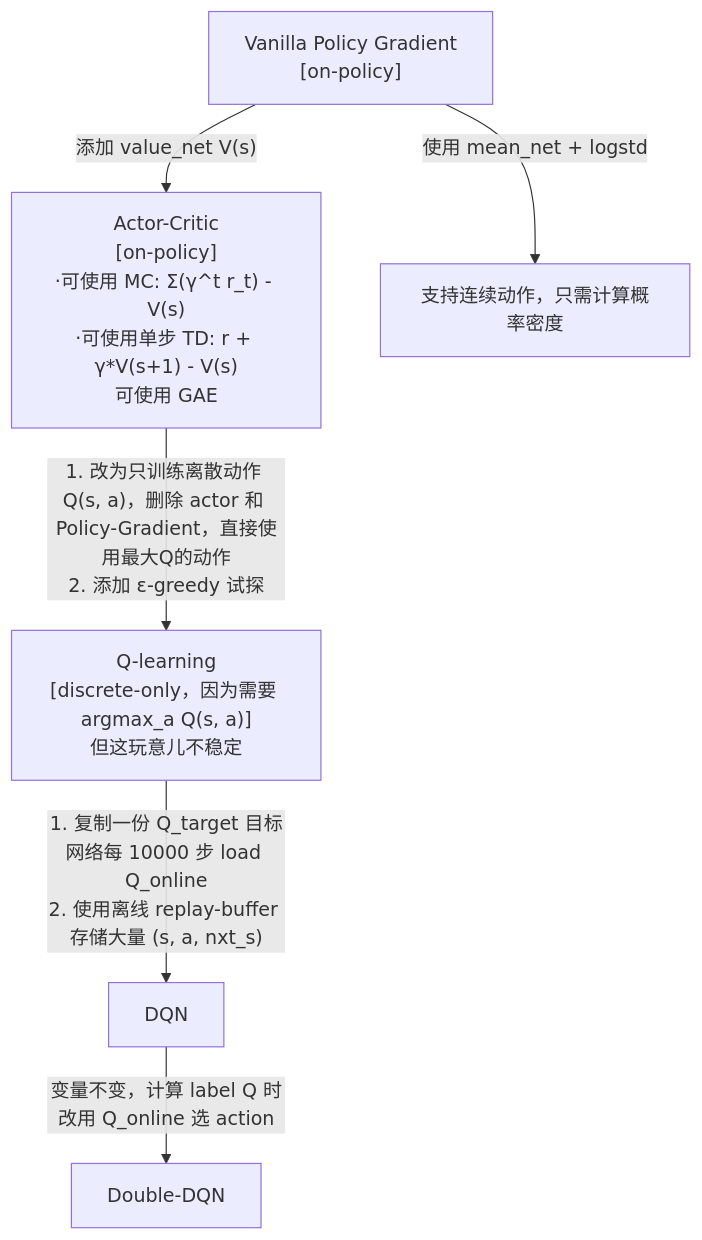
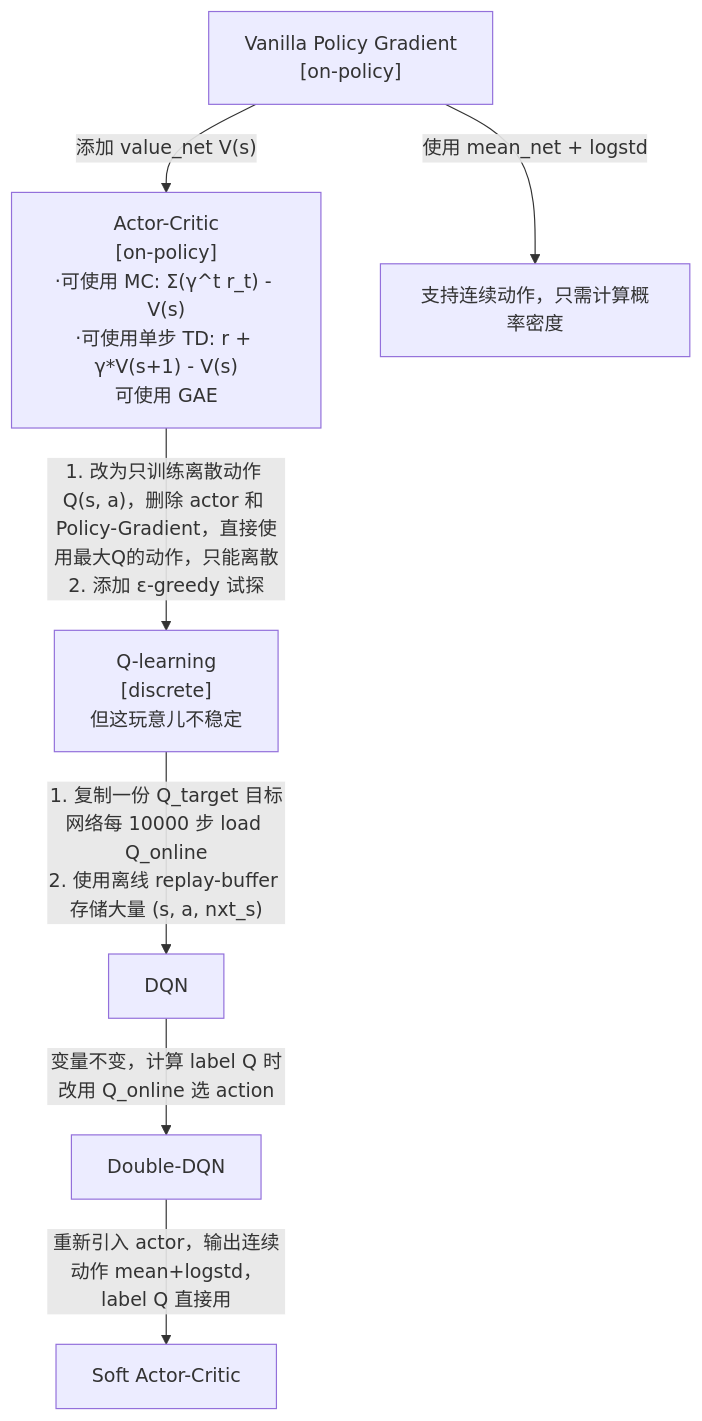
Before and after one commit to julyfun/how-to: the diagram in 技术学习/285/285-0.md, drawn with Mermaid. The commit also changed 1 other file, not shown here.

Commit message:
M 技术学习/285/285-0.md | M 技术学习/285/285-hw3.md

````diff
--- a/技术学习/285/285-0.md
+++ b/技术学习/285/285-0.md
@@ -11,9 +11,10 @@
 ```mermaid
 flowchart TD
     PG["Vanilla Policy Gradient<br>[on-policy]"] -->|"添加 value_net V(s)"| AC
     AC["Actor-Critic<br>[on-policy]<br>·可使用 MC: Σ(γ^t r_t) - V(s)<br>·可使用单步 TD: r + γ*V(s+1) - V(s)<br>可使用 GAE"]
     PG -->|使用 mean_net + logstd| cont[支持连续动作，只需计算概率密度]
-    AC -->|"1. 改为只训练离散动作 Q(s, a)，删除 actor 和 Policy-Gradient，直接使用最大Q的动作<br>2. 添加 ε-greedy 试探"| Q-learning["Q-learning<br>[discrete-only，因为需要 argmax_a Q(s, a)]<br>但这玩意儿不稳定"]
+    AC -->|"1. 改为只训练离散动作 Q(s, a)，删除 actor 和 Policy-Gradient，直接使用最大Q的动作，只能离散<br>2. 添加 ε-greedy 试探"| Q-learning["Q-learning<br>[discrete]<br>但这玩意儿不稳定"]
     Q-learning -->|"1. 复制一份 Q_target 目标网络每 10000 步 load Q_online<br>2. 使用离线 replay-buffer 存储大量 (s, a, nxt_s)"| DQN
     DQN -->|"变量不变，计算 label Q 时改用 Q_online 选 action"| Double-DQN
+    Double-DQN -->|"重新引入 actor，输出连续动作 mean+logstd，label Q 直接用 "| SAC["Soft Actor-Critic"]
 ```
````
